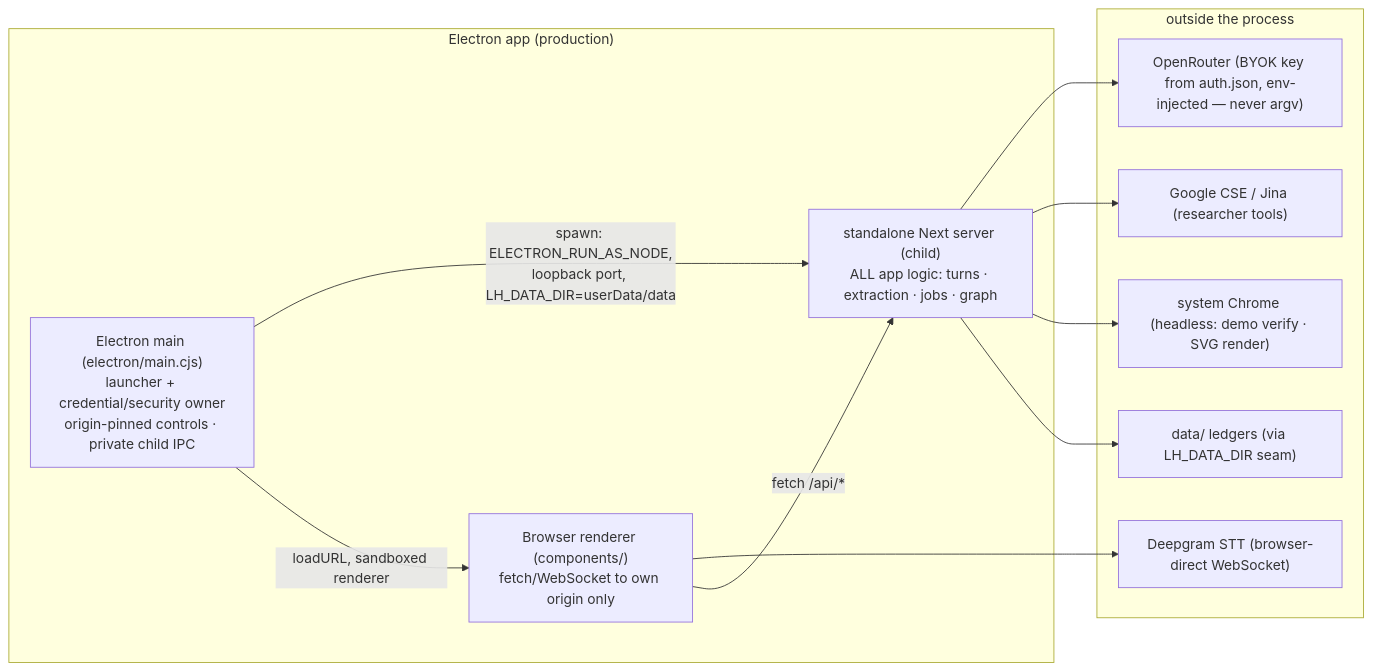
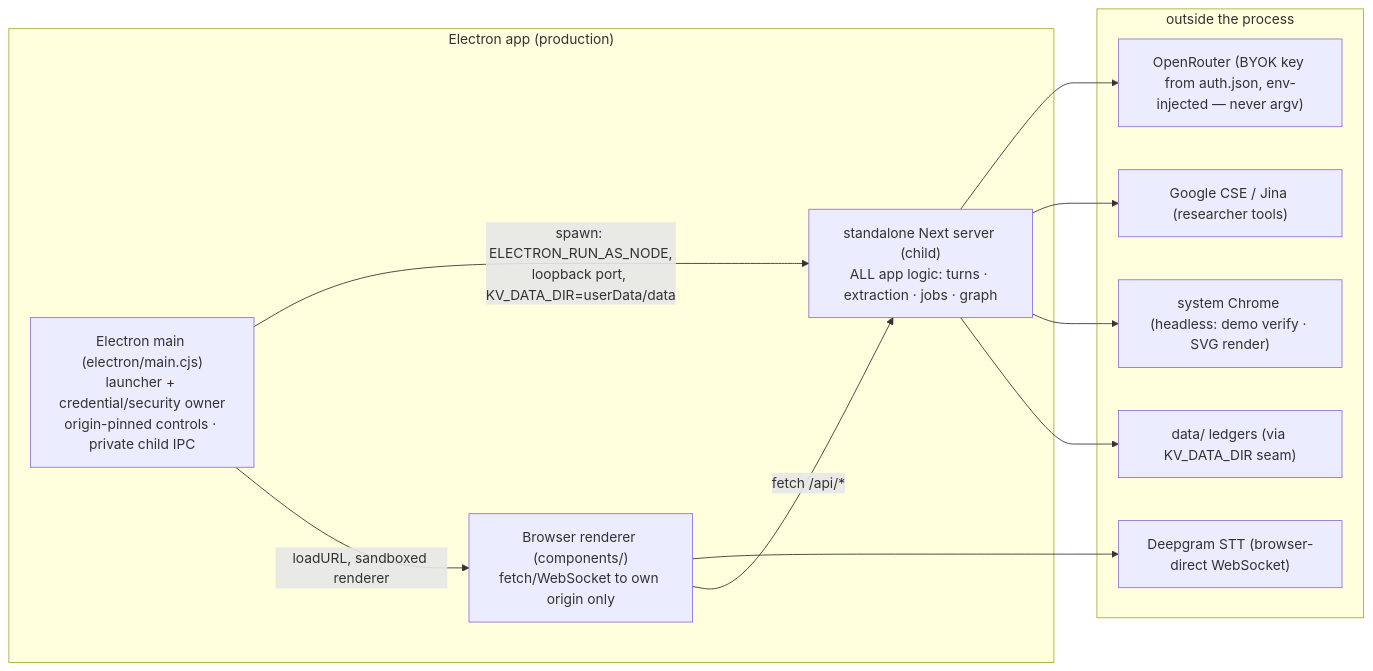
The seventh of 7 diagrams in docs/architecture.md (Bharambe-NL/kvasir), drawn with Mermaid before and after one commit. The commit also changed other lines of this file and 137 other files, not shown here.

````diff
--- a/docs/architecture.md
+++ b/docs/architecture.md
@@ -407,20 +407,20 @@
 ```mermaid
 flowchart LR
     subgraph DESKTOP["Electron app (production)"]
-        MAIN["Electron main (electron/main.cjs)<br/>launcher + credential/security owner<br/>origin-pinned controls · private child IPC"] -->|"spawn: ELECTRON_RUN_AS_NODE,<br/>loopback port, LH_DATA_DIR=userData/data"| NEXT["standalone Next server (child)<br/>ALL app logic: turns · extraction · jobs · graph"]
+        MAIN["Electron main (electron/main.cjs)<br/>launcher + credential/security owner<br/>origin-pinned controls · private child IPC"] -->|"spawn: ELECTRON_RUN_AS_NODE,<br/>loopback port, KV_DATA_DIR=userData/data"| NEXT["standalone Next server (child)<br/>ALL app logic: turns · extraction · jobs · graph"]
         MAIN -->|"loadURL, sandboxed renderer"| REND["Browser renderer (components/)<br/>fetch/WebSocket to own origin only"]
     end
     subgraph OUTSIDE["outside the process"]
         OR["OpenRouter (BYOK key from auth.json, env-injected — never argv)"]
         DG["Deepgram STT (browser-direct WebSocket)"]
         GCSE["Google CSE / Jina (researcher tools)"]
         CHROME["system Chrome (headless: demo verify · SVG render)"]
-        DISK["data/ ledgers (via LH_DATA_DIR seam)"]
+        DISK["data/ ledgers (via KV_DATA_DIR seam)"]
     end
     NEXT --> OR
     NEXT --> GCSE
     NEXT --> CHROME
     NEXT --> DISK
     REND --> DG
     REND -->|"fetch /api/*"| NEXT
 ```
````
